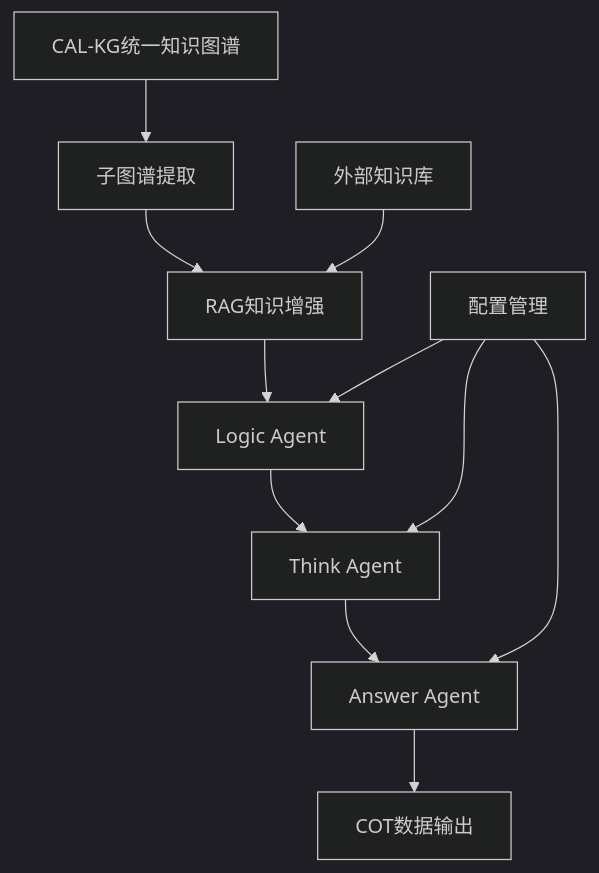
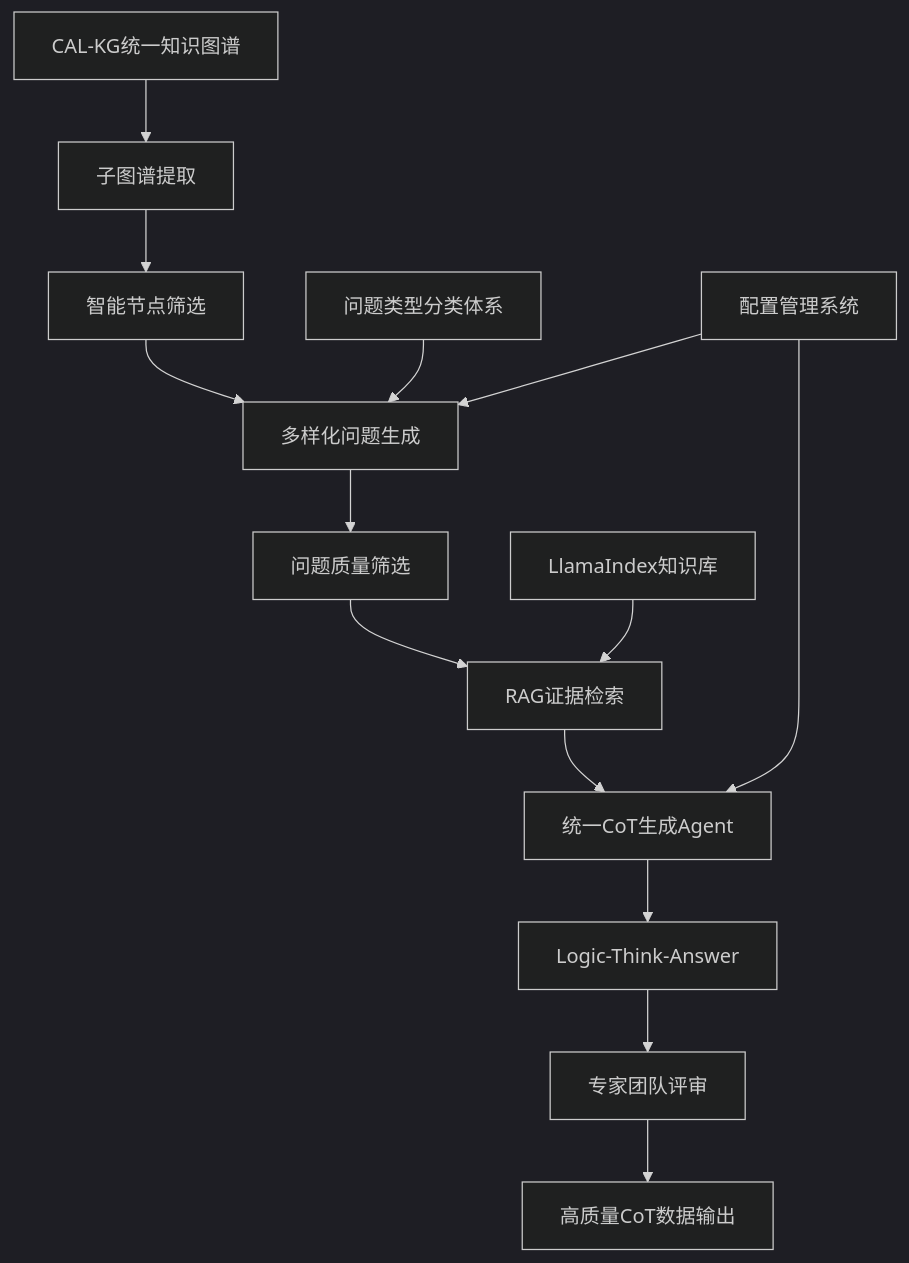
One commit to THU-YiZhang/CAL_KG_System changed the diagram in CT-MA-CircuitThinking/README.md. Above: the diagram before and after it, drawn with Mermaid (dark theme). The commit also changed other lines of this file and 1 other file, not shown here.

````diff
--- a/CT-MA-CircuitThinking/README.md
+++ b/CT-MA-CircuitThinking/README.md
@@ -124,14 +124,17 @@
 ```mermaid
 graph TD
     A[CAL-KG统一知识图谱] --> B[子图谱提取]
-    B --> C[RAG知识增强]
-    C --> D[Logic Agent]
-    D --> E[Think Agent]
-    E --> F[Answer Agent]
-    F --> G[COT数据输出]
-    
-    H[外部知识库] --> C
-    I[配置管理] --> D
-    I --> E
-    I --> F
+    B --> C[智能节点筛选]
+    C --> D[多样化问题生成]
+    D --> E[问题质量筛选]
+    E --> F[RAG证据检索]
+    F --> G[统一CoT生成Agent]
+    G --> H[Logic-Think-Answer]
+    H --> I[专家团队评审]
+    I --> J[高质量CoT数据输出]
+
+    K[LlamaIndex知识库] --> F
+    L[问题类型分类体系] --> D
+    M[配置管理系统] --> D
+    M --> G
 ```
````
